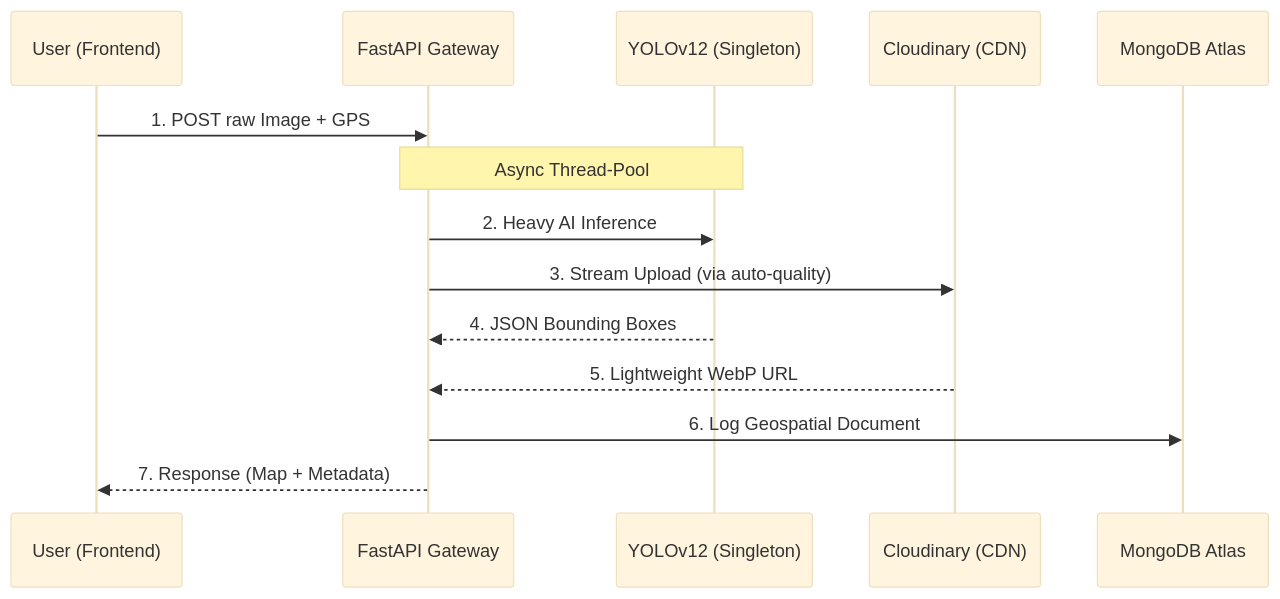
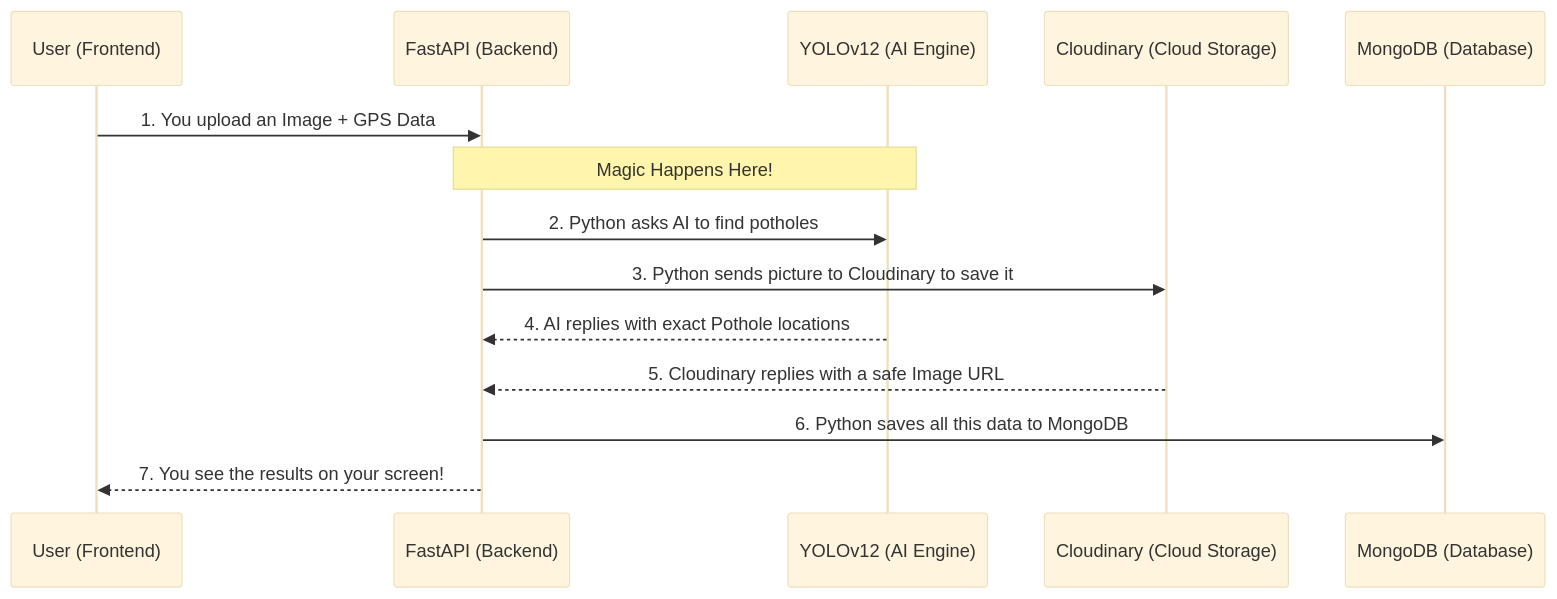
The diagram in Readme.md (iamavinashsingh/ai-smart-city), drawn with Mermaid (base theme) before and after one commit. The commit also changed other lines of this file and 2 other files, not shown here.

````diff
--- a/Readme.md
+++ b/Readme.md
@@ -41,17 +61,17 @@
 ```mermaid
 sequenceDiagram
     participant U as User (Frontend)
-    participant F as FastAPI Gateway
-    participant Y as YOLOv12 (Singleton)
-    participant C as Cloudinary (CDN)
-    participant M as MongoDB Atlas
+    participant F as FastAPI (Backend)
+    participant Y as YOLOv12 (AI Engine)
+    participant C as Cloudinary (Cloud Storage)
+    participant M as MongoDB (Database)
     
-    U->>F: 1. POST raw Image + GPS
-    Note over F,Y: Async Thread-Pool
-    F->>Y: 2. Heavy AI Inference
-    F->>C: 3. Stream Upload (via auto-quality)
-    Y-->>F: 4. JSON Bounding Boxes
-    C-->>F: 5. Lightweight WebP URL
-    F->>M: 6. Log Geospatial Document
-    F-->>U: 7. Response (Map + Metadata)
+    U->>F: 1. You upload an Image + GPS Data
+    Note over F,Y: Magic Happens Here!
+    F->>Y: 2. Python asks AI to find potholes
+    F->>C: 3. Python sends picture to Cloudinary to save it
+    Y-->>F: 4. AI replies with exact Pothole locations
+    C-->>F: 5. Cloudinary replies with a safe Image URL
+    F->>M: 6. Python saves all this data to MongoDB
+    F-->>U: 7. You see the results on your screen!
 ```
````
